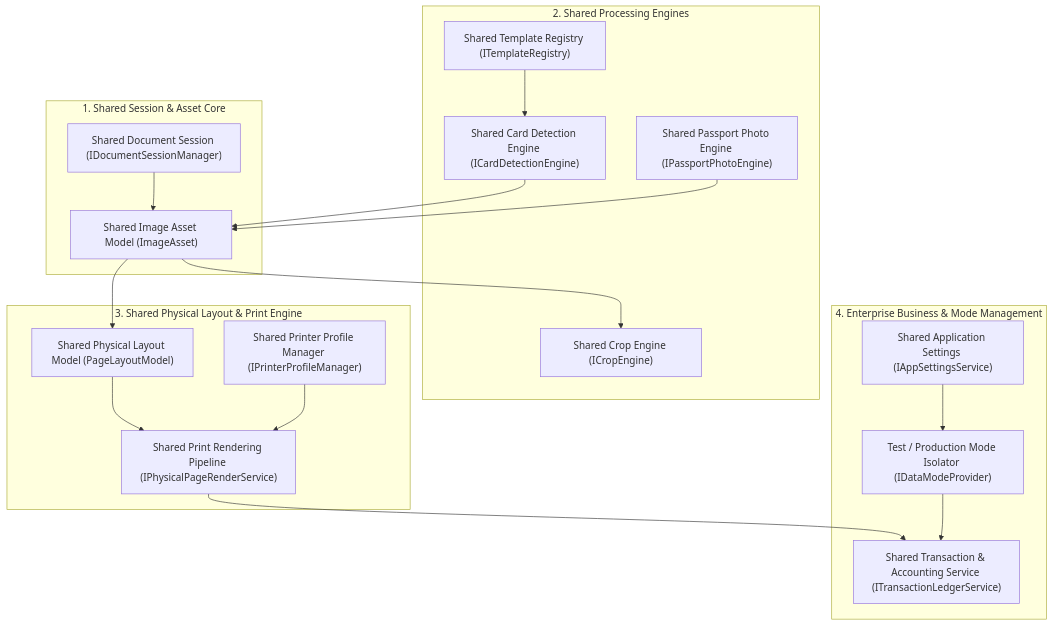
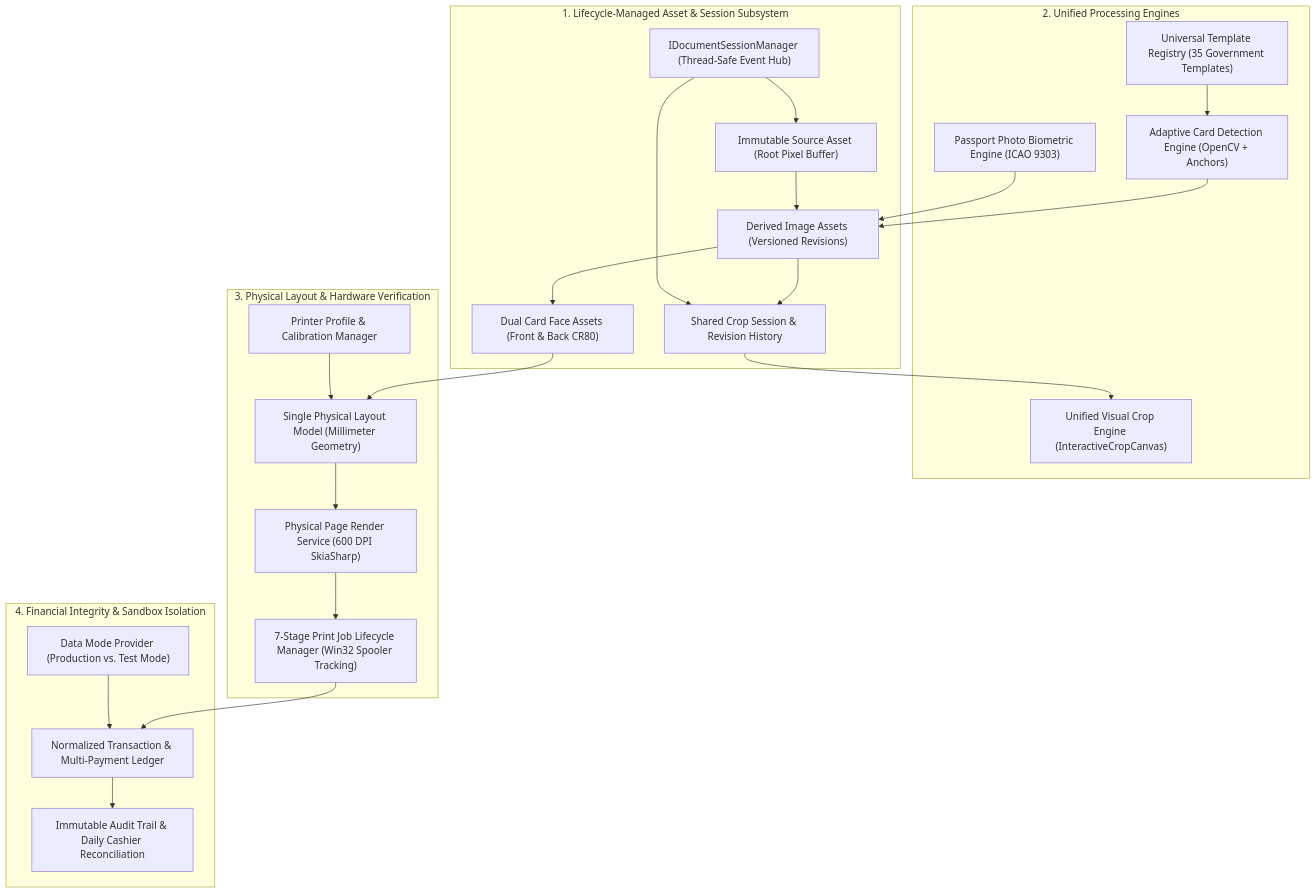
One commit to vicky105285-collab/pvc-studio-pro changed the first of 4 diagrams in docs/UNIFIED_ARCHITECTURE_PROPOSAL.md. Above: the diagram before and after it, drawn with Mermaid. The commit also changed other lines of this file and 6 other files, not shown here.

First line of the commit message:
docs(phase-0.1): revise architecture, ADRs, multi-payment ledger, crop engine and test mode specs

````diff
--- a/docs/UNIFIED_ARCHITECTURE_PROPOSAL.md
+++ b/docs/UNIFIED_ARCHITECTURE_PROPOSAL.md
@@ -14,39 +14,50 @@
 ```mermaid
 graph TD
-    subgraph Shared_Session_Layer["1. Shared Session & Asset Core"]
-        SDS["Shared Document Session (IDocumentSessionManager)"]
-        SIA["Shared Image Asset Model (ImageAsset)"]
+    subgraph Asset_And_Session_Core["1. Lifecycle-Managed Asset & Session Subsystem"]
+        ISA["Immutable Source Asset (Root Pixel Buffer)"]
+        DA["Derived Image Assets (Versioned Revisions)"]
+        FBA["Dual Card Face Assets (Front & Back CR80)"]
+        SCS["Shared Crop Session & Revision History"]
+        DSM["IDocumentSessionManager (Thread-Safe Event Hub)"]
     end
 
-    subgraph Shared_Processing_Layer["2. Shared Processing Engines"]
-        SCE["Shared Crop Engine (ICropEngine)"]
-        STR["Shared Template Registry (ITemplateRegistry)"]
-        SCDE["Shared Card Detection Engine (ICardDetectionEngine)"]
-        SPPE["Shared Passport Photo Engine (IPassportPhotoEngine)"]
+    subgraph Processing_Engines["2. Unified Processing Engines"]
+        UCE["Unified Visual Crop Engine (InteractiveCropCanvas)"]
+        TR["Universal Template Registry (35 Government Templates)"]
+        ACD["Adaptive Card Detection Engine (OpenCV + Anchors)"]
+        PPE["Passport Photo Biometric Engine (ICAO 9303)"]
     end
 
-    subgraph Shared_Printing_Layer["3. Shared Physical Layout & Print Engine"]
-        SPPLM["Shared Physical Layout Model (PageLayoutModel)"]
-        SPRP["Shared Print Rendering Pipeline (IPhysicalPageRenderService)"]
-        SPPM["Shared Printer Profile Manager (IPrinterProfileManager)"]
+    subgraph Physical_Print_Pipeline["3. Physical Layout & Hardware Verification"]
+        SPLM["Single Physical Layout Model (Millimeter Geometry)"]
+        PPRS["Physical Page Render Service (600 DPI SkiaSharp)"]
+        PJLM["7-Stage Print Job Lifecycle Manager (Win32 Spooler Tracking)"]
+        PPM["Printer Profile & Calibration Manager"]
     end
 
-    subgraph Shared_Enterprise_Layer["4. Enterprise Business & Mode Management"]
-        STAS["Shared Transaction & Accounting Service (ITransactionLedgerService)"]
-        SAS["Shared Application Settings (IAppSettingsService)"]
-        DPM["Test / Production Mode Isolator (IDataModeProvider)"]
+    subgraph Accounting_And_Isolation["4. Financial Integrity & Sandbox Isolation"]
+        DMP["Data Mode Provider (Production vs. Test Mode)"]
+        TLM["Normalized Transaction & Multi-Payment Ledger"]
+        AUDIT["Immutable Audit Trail & Daily Cashier Reconciliation"]
     end
 
-    SDS --> SIA
-    SIA --> SCE
-    STR --> SCDE
-    SCDE --> SIA
-    SPPE --> SIA
+    ISA --> DA
+    DA --> FBA
+    DA --> SCS
+    DSM --> ISA
+    DSM --> SCS
 
-    SIA --> SPPLM
-    SPPLM --> SPRP
-    SPPM --> SPRP
-    SPRP --> STAS
-    DPM --> STAS
-    SAS --> DPM
+    SCS --> UCE
+    TR --> ACD
+    ACD --> DA
+    PPE --> DA
+
+    FBA --> SPLM
+    SPLM --> PPRS
+    PPM --> SPLM
+    PPRS --> PJLM
+
+    PJLM --> TLM
+    DMP --> TLM
+    TLM --> AUDIT
 ```
````
